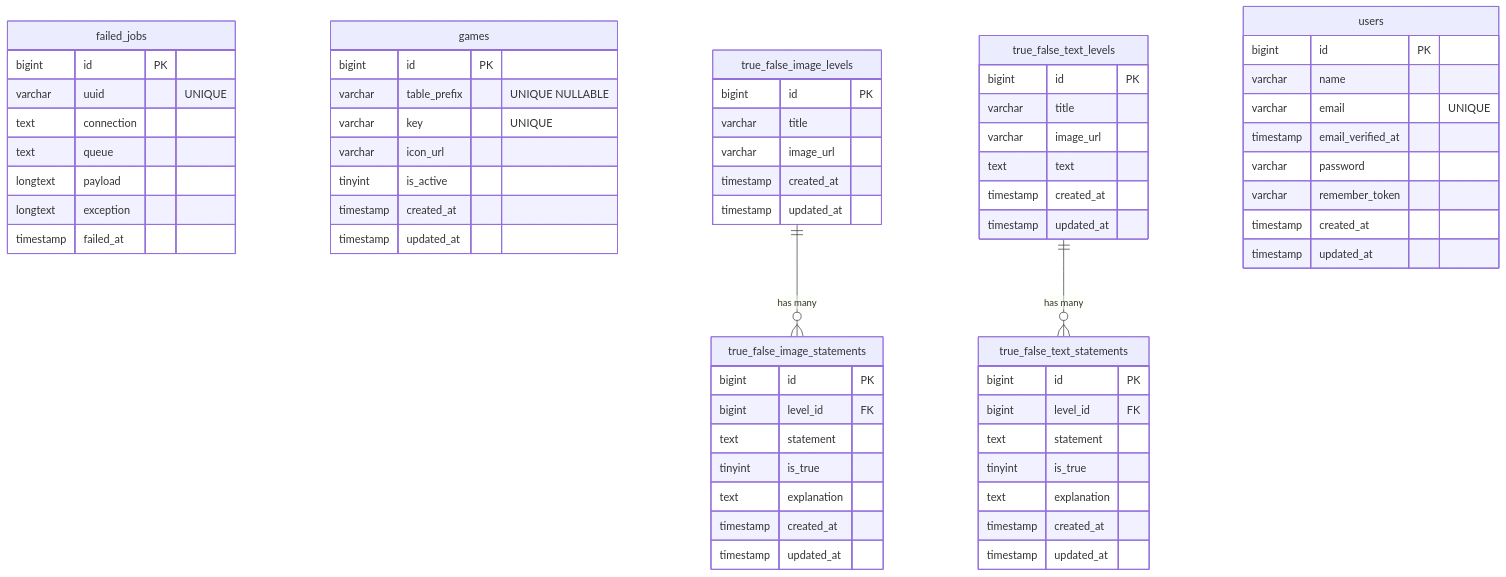
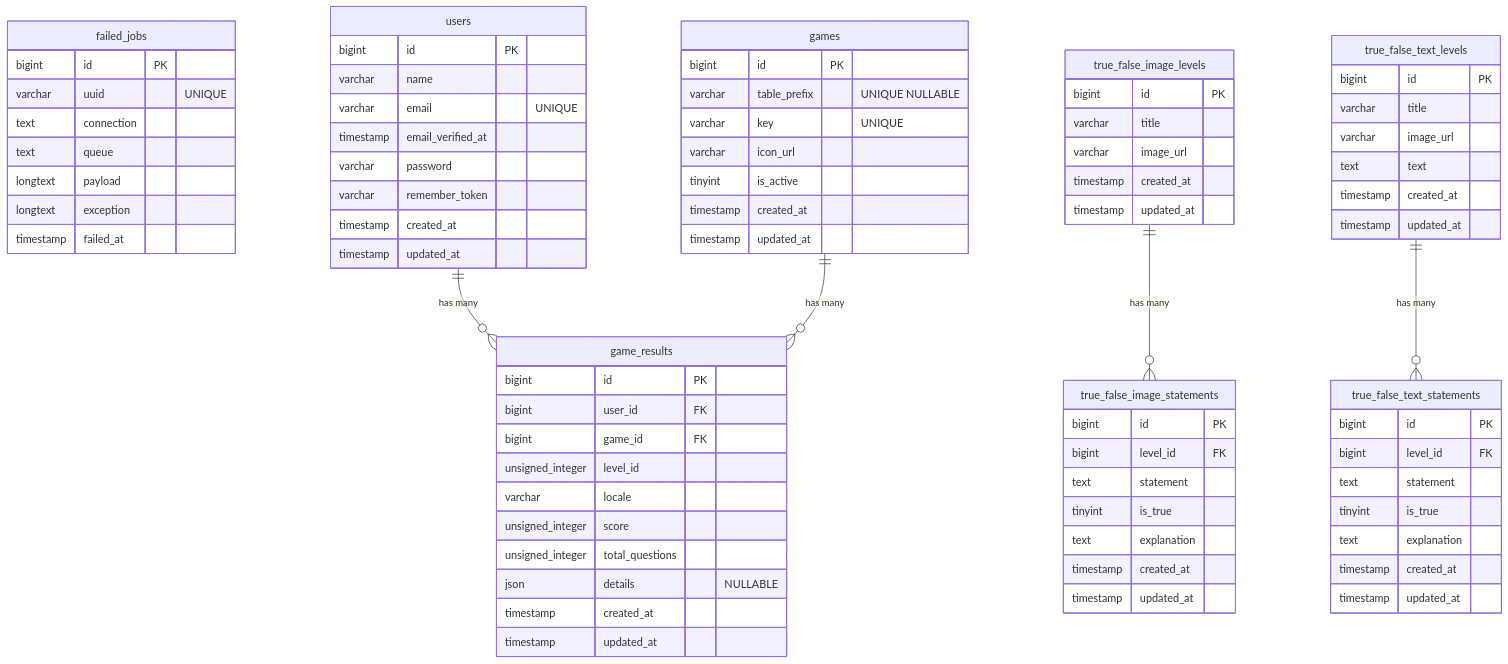
Before and after one commit to Roman-PRV/SmartSprouts-backend: the diagram in README.md, drawn with Mermaid.

Commit message:
docs: update database schema in README.md ss-045

````diff
--- a/README.md
+++ b/README.md
@@ -114,6 +114,21 @@
 		timestamp updated_at  ""  
 	}
 
+	game_results {
+		bigint id PK ""
+		bigint user_id FK ""
+		bigint game_id FK ""
+		unsigned_integer level_id ""
+		varchar locale ""
+		unsigned_integer score ""
+		unsigned_integer total_questions ""
+		json details "NULLABLE"
+		timestamp created_at ""
+		timestamp updated_at ""
+	}
+
 	true_false_image_levels||--o{true_false_image_statements:"has many"
 	true_false_text_levels||--o{true_false_text_statements:"has many"
+	users||--o{game_results:"has many"
+	games||--o{game_results:"has many"
 ```
````
